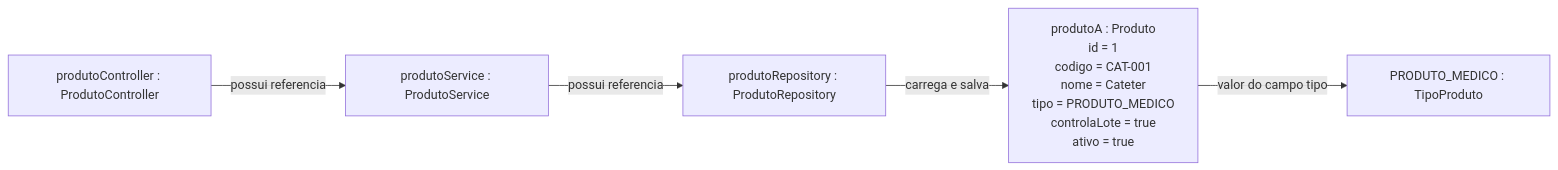
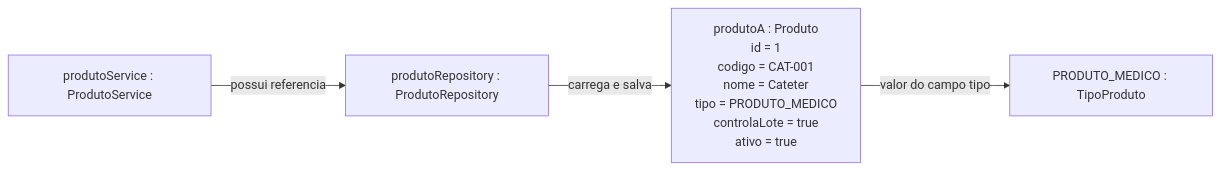
The third of 3 diagrams in docs/requisitos/02-diagramas-produtos.md (VictorBlesser/sistema-rastreabilidade), drawn with Mermaid before and after one commit. The commit also changed other lines of this file and 10 other files, not shown here.

````diff
--- a/docs/requisitos/02-diagramas-produtos.md
+++ b/docs/requisitos/02-diagramas-produtos.md
@@ -103,13 +120,11 @@
 ```mermaid
 flowchart LR
-    C["produtoController : ProdutoController"]
     S["produtoService : ProdutoService"]
     R["produtoRepository : ProdutoRepository"]
     P["produtoA : Produto<br/>id = 1<br/>codigo = CAT-001<br/>nome = Cateter<br/>tipo = PRODUTO_MEDICO<br/>controlaLote = true<br/>ativo = true"]
     T["PRODUTO_MEDICO : TipoProduto"]
 
-    C -->|possui referencia| S
     S -->|possui referencia| R
     R -->|carrega e salva| P
     P -->|valor do campo tipo| T
 ```
````
